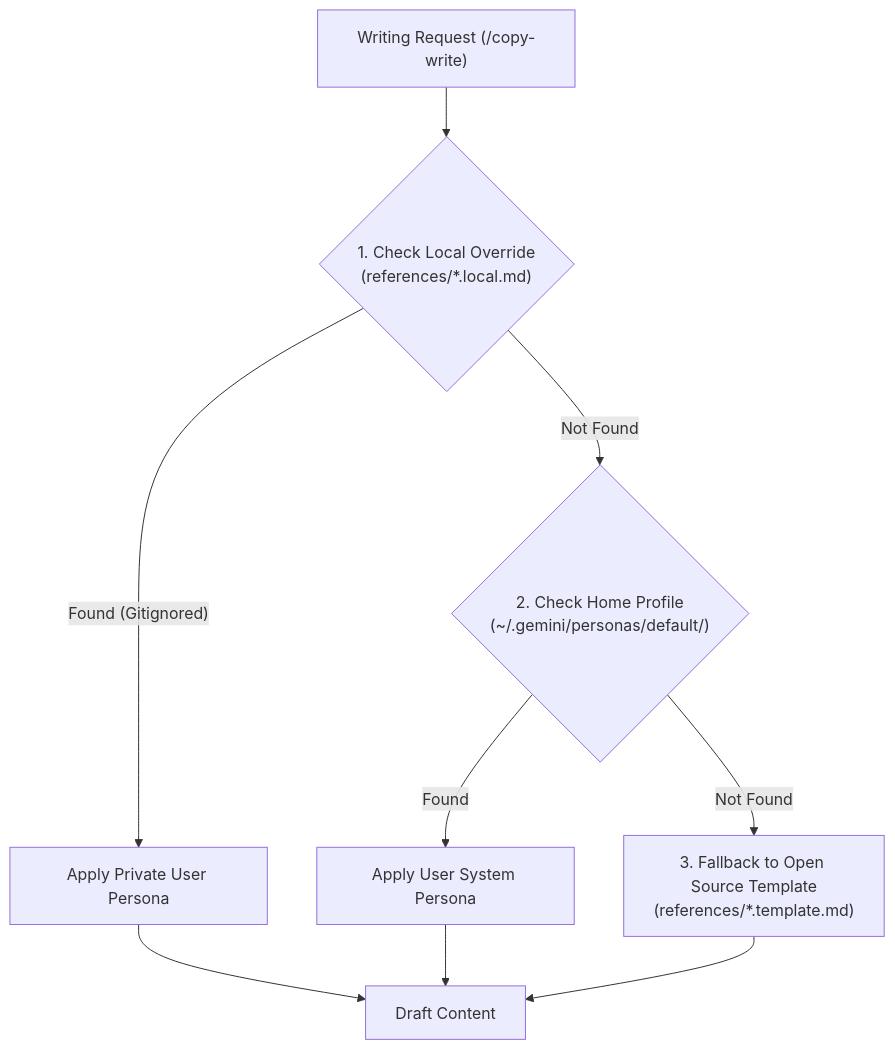
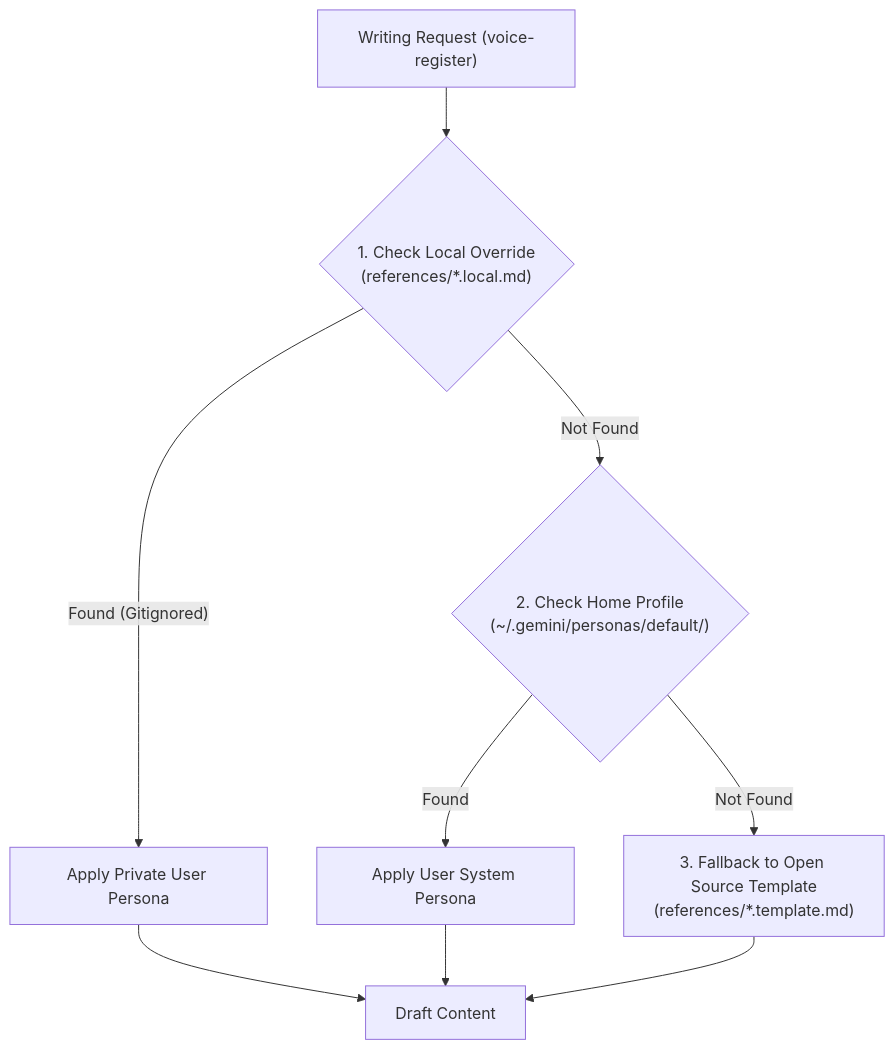
One commit to ksprashu/agent-skill-forge changed the first of 2 diagrams in docs/architecture.md. Above: the diagram before and after it, drawn with Mermaid. The commit also changed other lines of this file and 36 other files, not shown here.

First line of the commit message:
chore(skills): remove superseded copy-write and sync skills (#20)

````diff
--- a/docs/architecture.md
+++ b/docs/architecture.md
@@ -57,11 +57,11 @@
 ```mermaid
 flowchart TD
-    Req["Writing Request (/copy-write)"] --> L1{"1. Check Local Override\n(references/*.local.md)"}
+    Req["Writing Request (voice-register)"] --> L1{"1. Check Local Override\n(references/*.local.md)"}
     L1 -- "Found (Gitignored)" --> ApplyLocal["Apply Private User Persona"]
     L1 -- "Not Found" --> L2{"2. Check Home Profile\n(~/.gemini/personas/default/)"}
     L2 -- "Found" --> ApplyHome["Apply User System Persona"]
     L2 -- "Not Found" --> L3["3. Fallback to Open Source Template\n(references/*.template.md)"]
     ApplyLocal --> Draft["Draft Content"]
     ApplyHome --> Draft
     L3 --> Draft
 ```
````
